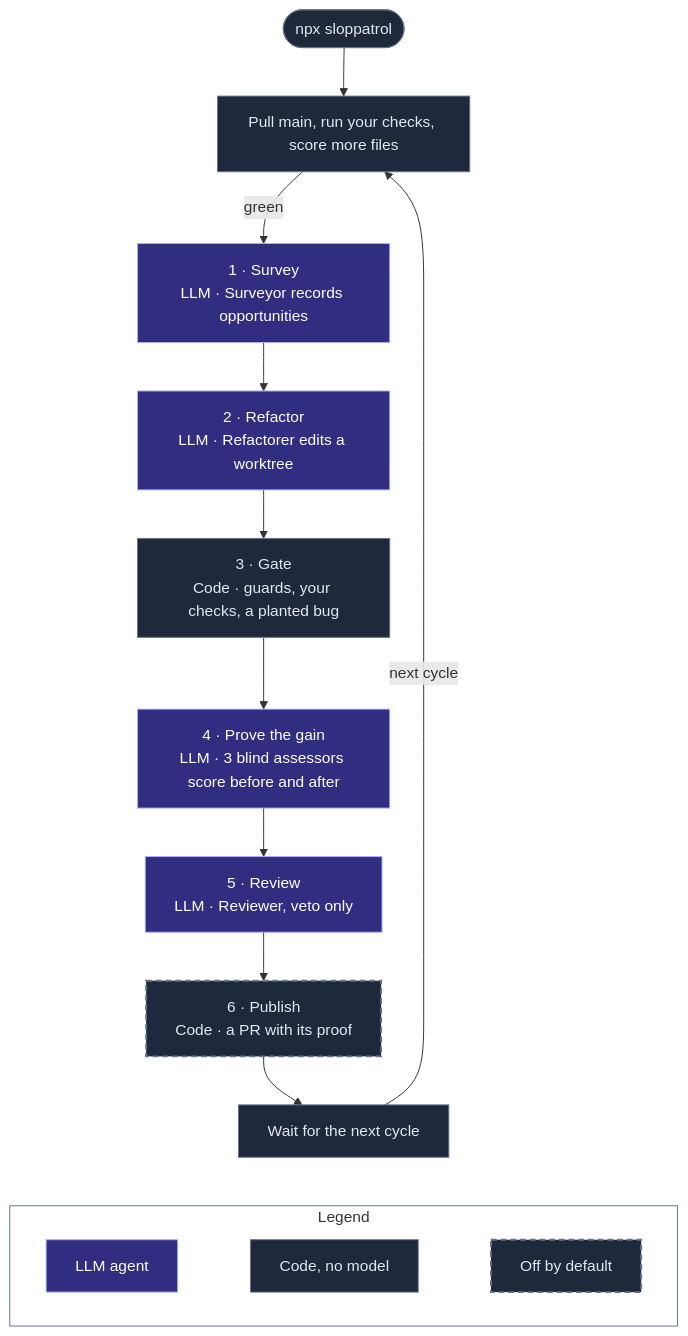
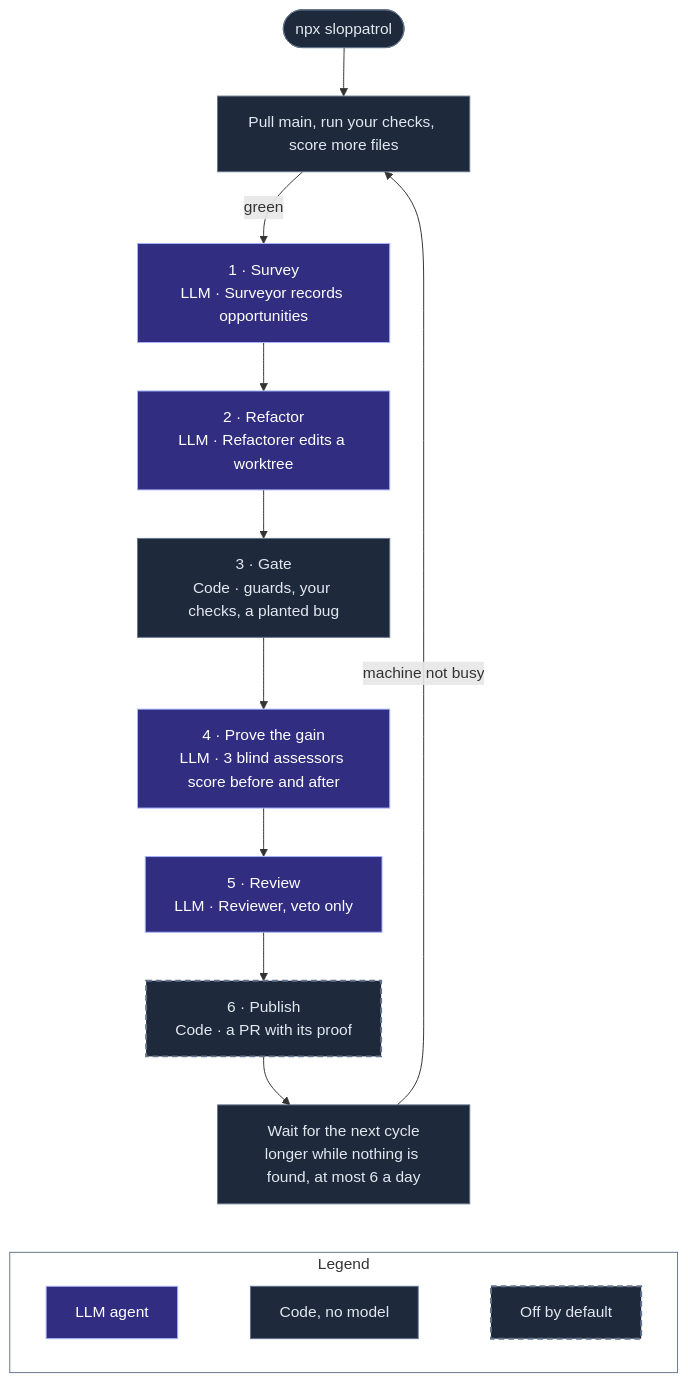
The diagram in README.md (agent-labs-dev/sloppatrol), drawn with Mermaid before and after one commit. The commit also changed other lines of this file and 93 other files, not shown here.

````diff
--- a/README.md
+++ b/README.md
@@ -31,26 +31,26 @@
 ```mermaid
 flowchart TB
   start(["npx sloppatrol"]) --> pull["Pull main, run your checks, score more files"]
   pull -->|green| survey["1 · Survey<br/>LLM · Surveyor records opportunities"]
   survey --> refactor["2 · Refactor<br/>LLM · Refactorer edits a worktree"]
   refactor --> gate["3 · Gate<br/>Code · guards, your checks, a planted bug"]
   gate --> assess["4 · Prove the gain<br/>LLM · 3 blind assessors score before and after"]
   assess --> review["5 · Review<br/>LLM · Reviewer, veto only"]
   review --> publish["6 · Publish<br/>Code · a PR with its proof"]
-  publish --> wait["Wait for the next cycle"]
-  wait -->|"next cycle"| pull
+  publish --> wait["Wait for the next cycle<br/>longer while nothing is found, at most 6 a day"]
+  wait -->|"machine not busy"| pull
 
   subgraph legend ["Legend"]
     direction LR
     l1["LLM agent"] ~~~ l3["Code, no model"] ~~~ l4["Off by default"]
   end
   wait ~~~ legend
 
   classDef llm fill:#312e81,stroke:#a5b4fc,color:#ffffff
   classDef code fill:#1e293b,stroke:#64748b,color:#e2e8f0
   classDef opt fill:#1e293b,stroke:#64748b,color:#e2e8f0,stroke-width:2px,stroke-dasharray:6 4
   class survey,refactor,assess,review,l1 llm
   class start,pull,gate,wait,l3 code
   class publish,l4 opt
   style legend fill:transparent,stroke:#64748b
 ```
````
